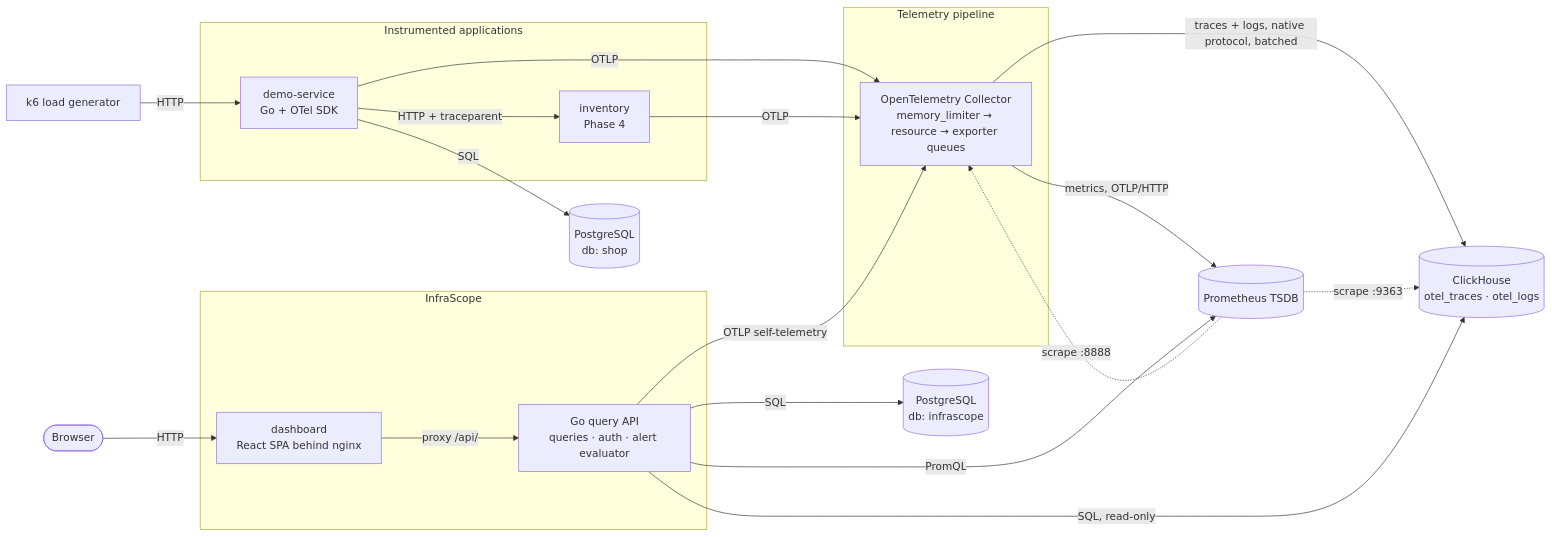
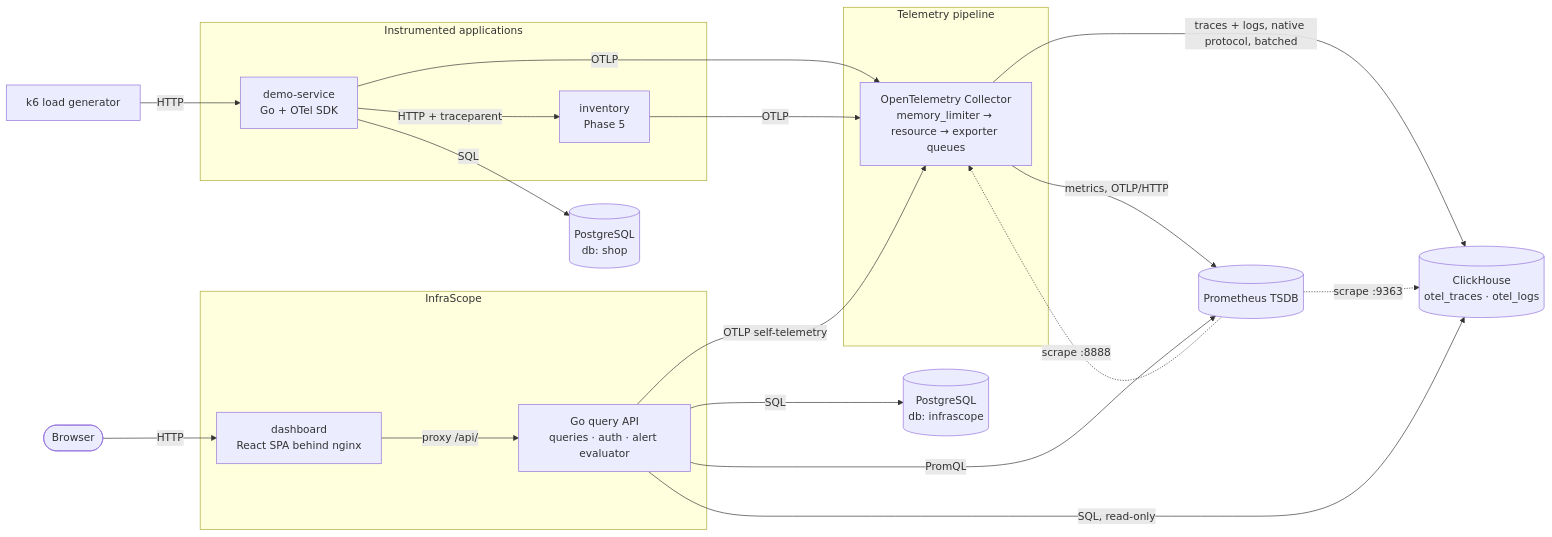
Before and after one commit to Dariuss-ctrl/InfraScope: the first of 6 diagrams in docs/architecture.md, drawn with Mermaid. The commit also changed other lines of this file and 60 other files, not shown here.

````diff
--- a/docs/architecture.md
+++ b/docs/architecture.md
@@ -28,35 +28,35 @@
 ```mermaid
 flowchart LR
   k6["k6 load generator"] -->|HTTP| demo
 
   subgraph apps["Instrumented applications"]
     demo["demo-service<br/>Go + OTel SDK"]
-    inv["inventory<br/>Phase 4"]
+    inv["inventory<br/>Phase 5"]
   end
   demo -->|"HTTP + traceparent"| inv
   demo -->|SQL| pgshop[("PostgreSQL<br/>db: shop")]
 
   demo -->|OTLP| col
   inv -->|OTLP| col
   api -->|"OTLP self-telemetry"| col
 
   subgraph pipeline["Telemetry pipeline"]
     col["OpenTelemetry Collector<br/>memory_limiter → resource → exporter queues"]
   end
 
   col -->|"traces + logs, native protocol, batched"| ch[("ClickHouse<br/>otel_traces · otel_logs")]
   col -->|"metrics, OTLP/HTTP"| prom[("Prometheus TSDB")]
   prom -.->|"scrape :8888"| col
   prom -.->|"scrape :9363"| ch
 
   subgraph product["InfraScope"]
     web["dashboard<br/>React SPA behind nginx"]
     api["Go query API<br/>queries · auth · alert evaluator"]
   end
 
   browser(["Browser"]) -->|HTTP| web
   web -->|"proxy /api/"| api
   api -->|"SQL, read-only"| ch
   api -->|PromQL| prom
   api -->|SQL| pgcfg[("PostgreSQL<br/>db: infrascope")]
 ```
````
